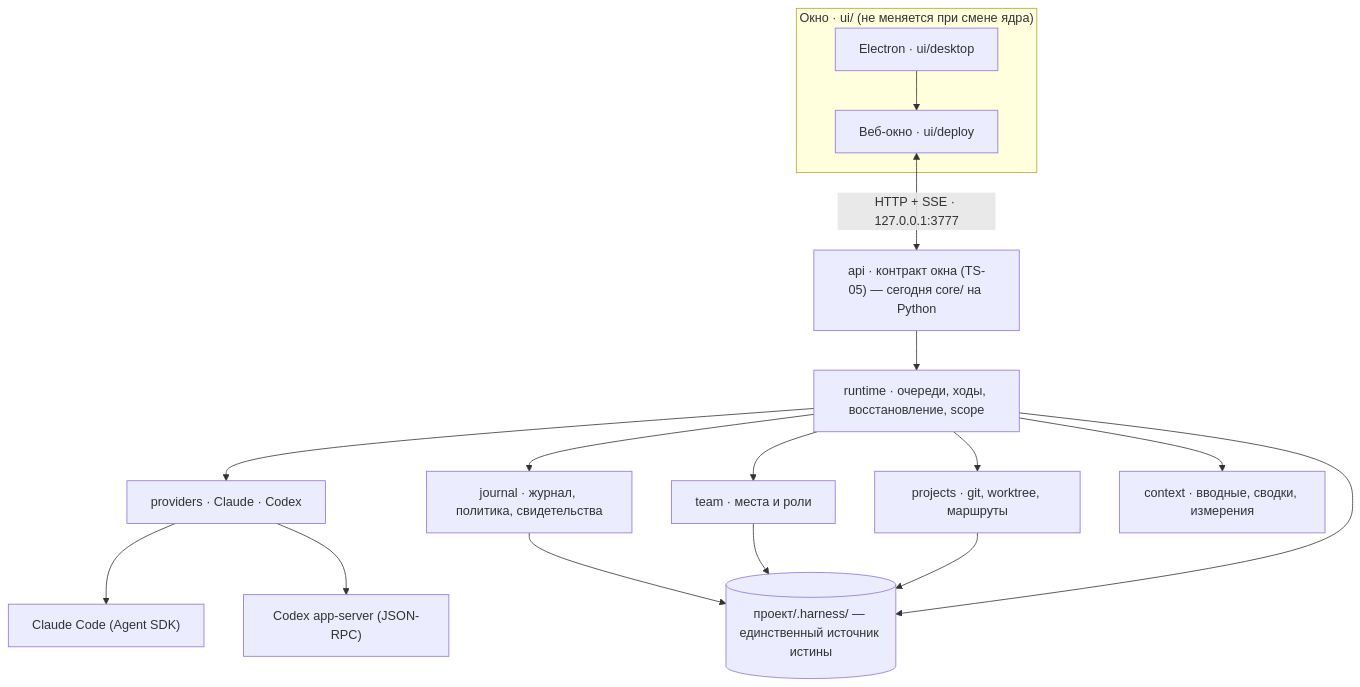
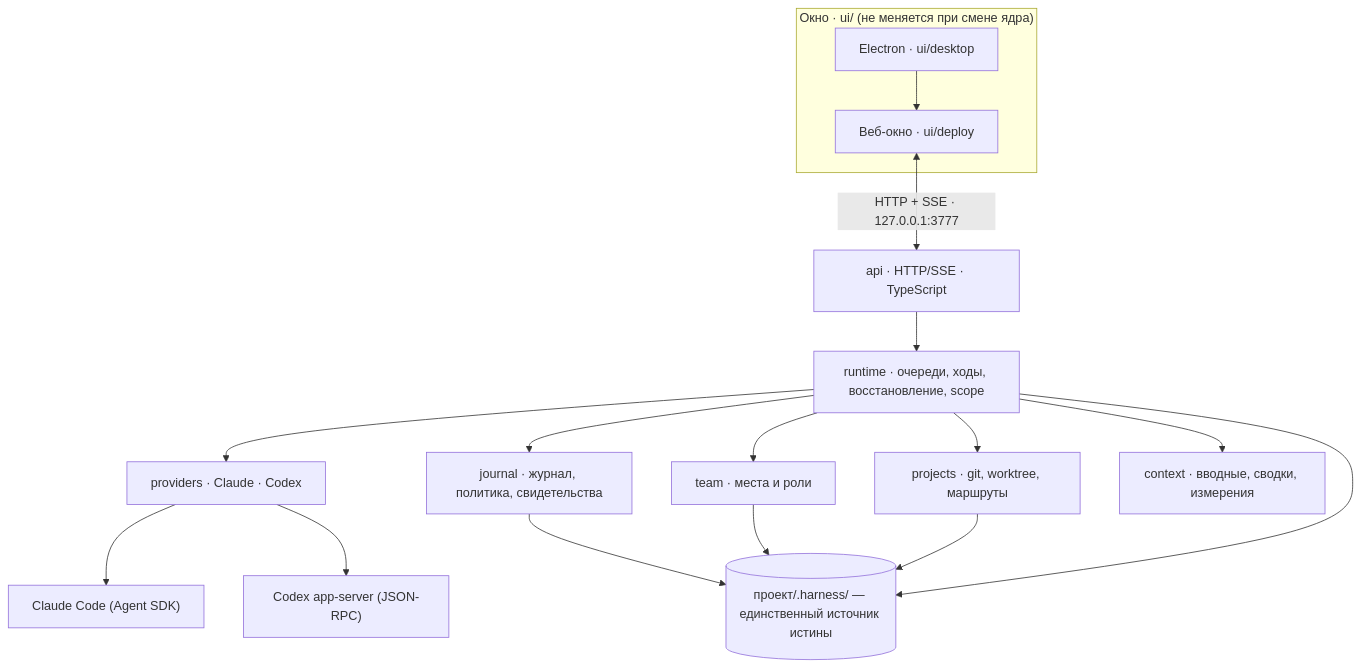
One commit to sergekostenchuk/harnessy changed the first of 3 diagrams in README.ru.md. Above: the diagram before and after it, drawn with Mermaid. The commit also changed other lines of this file and 73 other files, not shown here.

Commit message:
chore: remove Python core (kept in history, tag mvp-python)

````diff
--- a/README.ru.md
+++ b/README.ru.md
@@ -13,16 +14,16 @@
 ```mermaid
 flowchart TB
   subgraph UI["Окно · ui/ (не меняется при смене ядра)"]
     E["Electron · ui/desktop"] --> W["Веб-окно · ui/deploy"]
   end
-  W <-->|"HTTP + SSE · 127.0.0.1:3777"| API["api · контракт окна (TS-05) — сегодня core/ на Python"]
+  W <-->|"HTTP + SSE · 127.0.0.1:3777"| API["api · HTTP/SSE · TypeScript"]
   API --> RT["runtime · очереди, ходы, восстановление, scope"]
   RT --> PV["providers · Claude · Codex"]
   RT --> J["journal · журнал, политика, свидетельства"]
   RT --> T["team · места и роли"]
   RT --> PJ["projects · git, worktree, маршруты"]
   RT --> CX["context · вводные, сводки, измерения"]
   J & T & PJ & RT --> F[("проект/.harness/ — единственный источник истины")]
   PV --> CL["Claude Code (Agent SDK)"]
   PV --> CO["Codex app-server (JSON-RPC)"]
 ```
````
